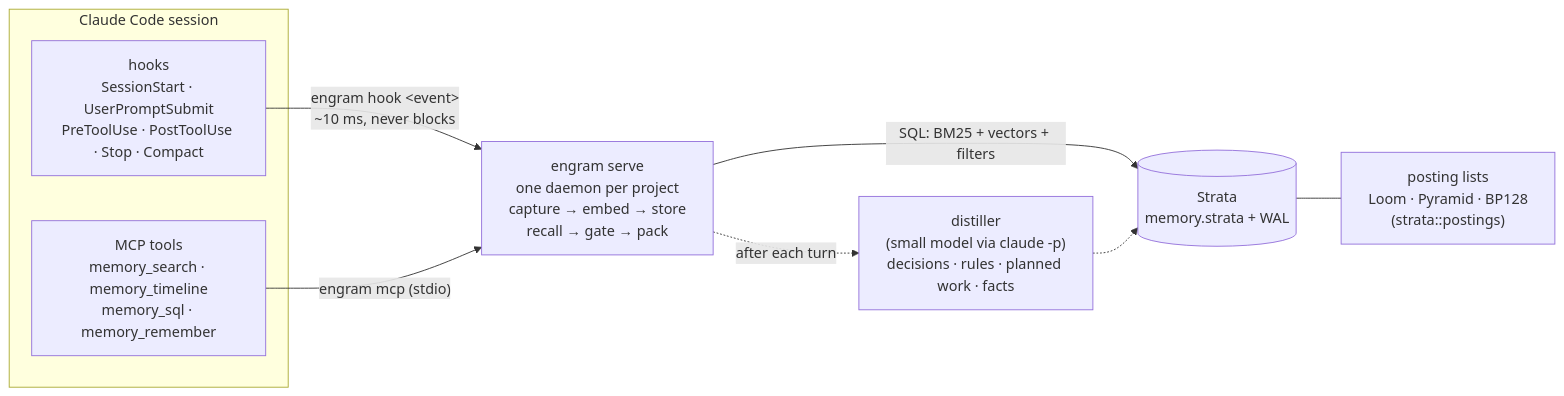
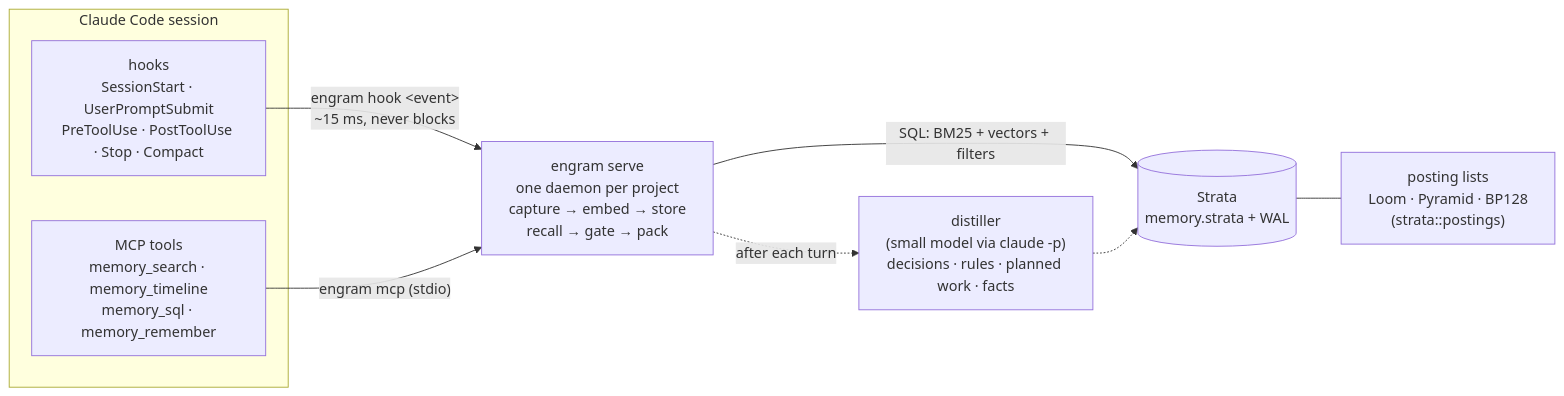
One commit to chloetech-ai/strata changed the diagram in README.md. Above: the diagram before and after it, drawn with Mermaid. The commit also changed other lines of this file and 17 other files, not shown here.

First line of the commit message:
Docs: Engram, graphs, reproduce and home page from the M2 results

````diff
--- a/README.md
+++ b/README.md
@@ -34,14 +34,14 @@
 ```mermaid
 flowchart LR
     subgraph CC["Claude Code session"]
         HK["hooks<br/>SessionStart · UserPromptSubmit<br/>PreToolUse · PostToolUse · Stop · Compact"]
         MCP["MCP tools<br/>memory_search · memory_timeline<br/>memory_sql · memory_remember"]
     end
-    HK -- "engram hook &lt;event&gt;<br/>~10 ms, never blocks" --> D
+    HK -- "engram hook &lt;event&gt;<br/>~15 ms, never blocks" --> D
     MCP -- "engram mcp (stdio)" --> D
     D["engram serve<br/>one daemon per project<br/>capture → embed → store<br/>recall → gate → pack"]
     D -- "SQL: BM25 + vectors + filters" --> S[("Strata<br/>memory.strata + WAL")]
     D -. "after each turn" .-> DL["distiller<br/>(small model via claude -p)<br/>decisions · rules · planned work · facts"]
     DL -.-> S
     S --- PB["posting lists<br/>Loom · Pyramid · BP128<br/>(strata::postings)"]
 ```
````
